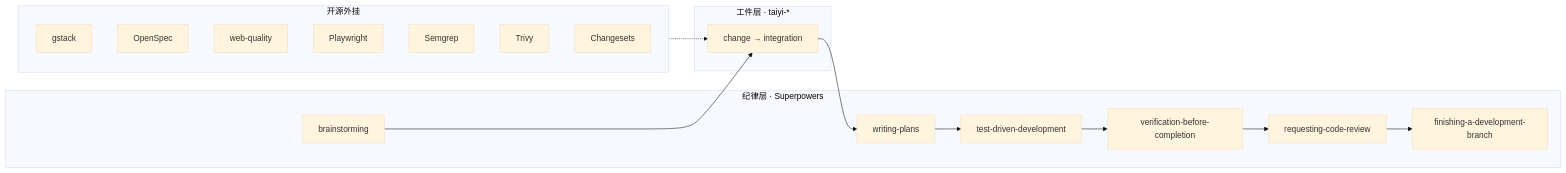
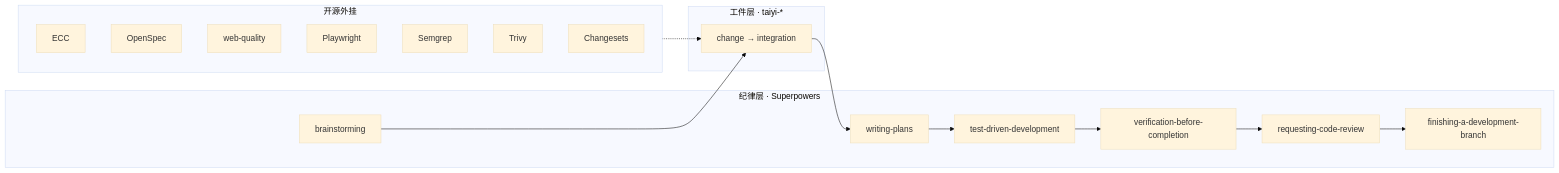
One commit to Dong90/oh-my-taiyiforge changed the diagram in docs/taiyi/full-oss-flow.md. Above: the diagram before and after it, drawn with Mermaid (base theme). The commit also changed other lines of this file and 194 other files, not shown here.

````diff
--- a/docs/taiyi/full-oss-flow.md
+++ b/docs/taiyi/full-oss-flow.md
@@ -26,25 +28,25 @@
 ```mermaid
 flowchart LR
   subgraph discipline [纪律层 · Superpowers]
     B[brainstorming]
     WP[writing-plans]
     TDD[test-driven-development]
     V[verification-before-completion]
     RCR[requesting-code-review]
     FDB[finishing-a-development-branch]
   end
   subgraph taiyi [工件层 · taiyi-*]
     C[change → integration]
   end
   subgraph oss [开源外挂]
-    GS[gstack]
+    EC[ECC]
     OS[OpenSpec]
     WQ[web-quality]
     PW[Playwright]
     SG[Semgrep]
     TV[Trivy]
     CS[Changesets]
   end
   B --> C --> WP --> TDD --> V --> RCR --> FDB
   oss -.-> C
 ```
````
